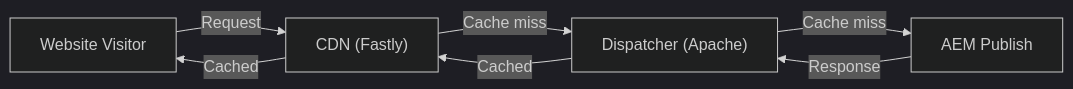
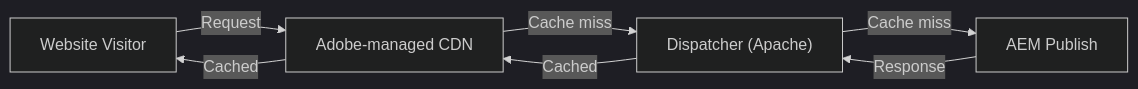
Before and after one commit to LucaNerlich/lucanerlich.com: the first of 2 diagrams in docs/aem/beginners-guide/13-dispatcher-and-caching.md, drawn with Mermaid (dark theme). The commit also changed other lines of this file and 11 other files, not shown here.

````diff
--- a/docs/aem/beginners-guide/13-dispatcher-and-caching.md
+++ b/docs/aem/beginners-guide/13-dispatcher-and-caching.md
@@ -24,14 +24,14 @@
 ```mermaid
 flowchart LR
     User["Website Visitor"]
-    CDN["CDN (Fastly)"]
+    CDN["Adobe-managed CDN"]
     Dispatcher["Dispatcher (Apache)"]
     Publish["AEM Publish"]
 
     User -->|"Request"| CDN
     CDN -->|"Cache miss"| Dispatcher
     Dispatcher -->|"Cache miss"| Publish
     Publish -->|"Response"| Dispatcher
     Dispatcher -->|"Cached"| CDN
     CDN -->|"Cached"| User
 ```
````
